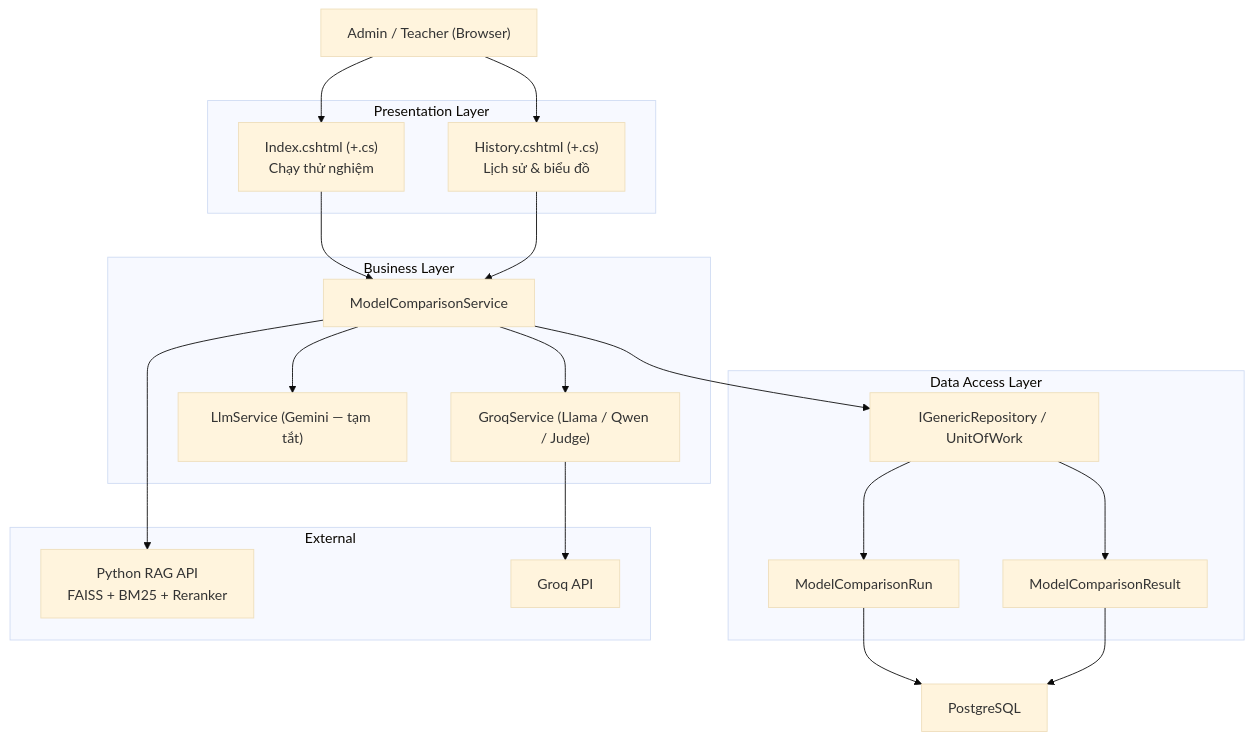
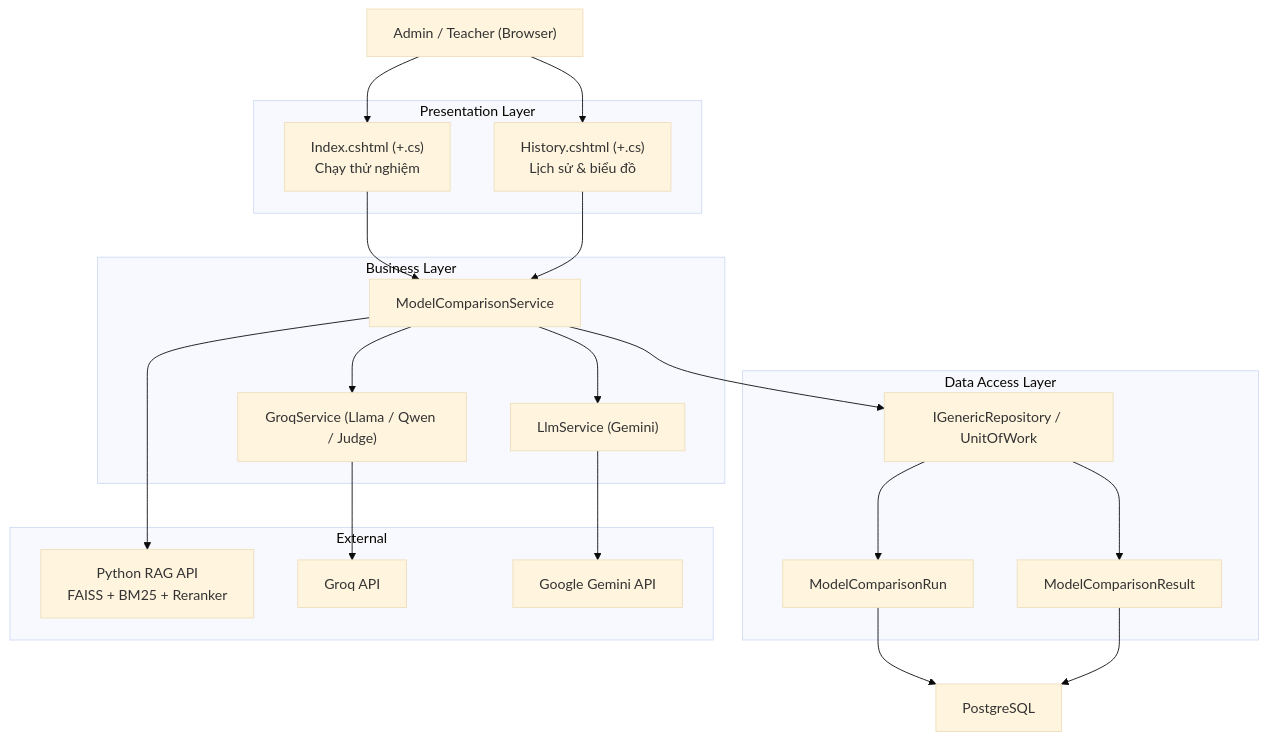
The diagram in docs/model-comparison/setup.md (minhvuong0909/RAG-Chatbot-System), drawn with Mermaid (base theme) before and after one commit. The commit also changed other lines of this file and 9 other files, not shown here.

````diff
--- a/docs/model-comparison/setup.md
+++ b/docs/model-comparison/setup.md
@@ -27,42 +27,44 @@
 ```mermaid
 flowchart TB
     user["Admin / Teacher (Browser)"]
 
     subgraph presentation["Presentation Layer"]
         idx["Index.cshtml (+.cs)<br/>Chạy thử nghiệm"]
         his["History.cshtml (+.cs)<br/>Lịch sử & biểu đồ"]
     end
 
     subgraph business["Business Layer"]
         svc["ModelComparisonService"]
         groq["GroqService (Llama / Qwen / Judge)"]
-        gem["LlmService (Gemini — tạm tắt)"]
+        gem["LlmService (Gemini)"]
     end
 
     subgraph data["Data Access Layer"]
         repo["IGenericRepository / UnitOfWork"]
         run["ModelComparisonRun"]
         res["ModelComparisonResult"]
     end
 
     subgraph external["External"]
         ragapi["Python RAG API<br/>FAISS + BM25 + Reranker"]
         groqapi["Groq API"]
+        gemapi["Google Gemini API"]
     end
 
     db["PostgreSQL"]
 
     user --> idx
     user --> his
     idx --> svc
     his --> svc
     svc --> groq
     svc --> gem
     svc --> repo
     repo --> run
     repo --> res
     run --> db
     res --> db
     svc --> ragapi
     groq --> groqapi
+    gem --> gemapi
 ```
````
